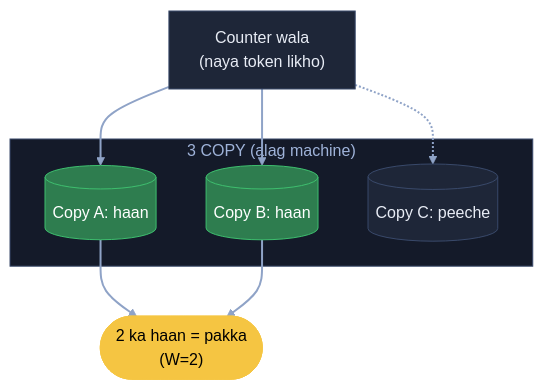
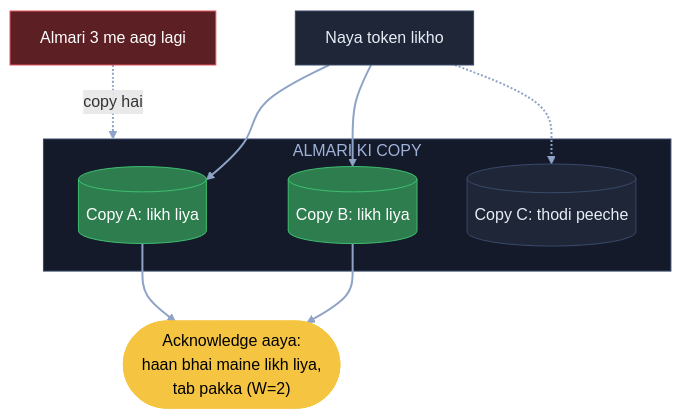
Before and after one commit to ArpanMaheshwari144/Prep: the ninth of 13 diagrams in 04_HLD/SYSTEM_DESIGNS/01_url_shortener/01_url_shortener.md, drawn with Mermaid. The commit also changed other lines of this file, not shown here.

Commit message:
URL: 13 diagram hand notes ke shabdon se (K4 naya), K7 / K12 kahani notes jaisi

````diff
--- a/04_HLD/SYSTEM_DESIGNS/01_url_shortener/01_url_shortener.md
+++ b/04_HLD/SYSTEM_DESIGNS/01_url_shortener/01_url_shortener.md
@@ -251,21 +270,23 @@
 ```mermaid
 flowchart TB
-    C["Counter wala<br/>(naya token likho)"]:::card
-    subgraph R["3 COPY (alag machine)"]
-        A[("Copy A: haan")]:::good
-        B[("Copy B: haan")]:::good
-        X[("Copy C: peeche")]:::card
+    F["Almari 3 me aag lagi"]:::bad
+    W["Naya token likho"]:::card
+    subgraph CP["ALMARI KI COPY"]
+        A[("Copy A: likh liya")]:::good
+        B[("Copy B: likh liya")]:::good
+        C[("Copy C: thodi peeche")]:::card
     end
-    OK(["2 ka haan = pakka<br/>(W=2)"]):::pill
-    C --> A
-    C --> B
-    C -.-> X
+    OK(["Acknowledge aaya:<br/>haan bhai maine likh liya,<br/>tab pakka (W=2)"]):::pill
+    F -. "copy hai" .-> CP
+    W --> A
+    W --> B
+    W -.-> C
     A --> OK
     B --> OK
     linkStyle default stroke:#8fa3c7,stroke-width:2px
     classDef card fill:#1e2638,stroke:#3a4a6b,color:#e8ecf5
     classDef pill fill:#f5c542,stroke:#f5c542,color:#000
     classDef good fill:#2e7d4f,stroke:#3fbf6f,color:#fff
     classDef bad fill:#5c1f24,stroke:#e05561,color:#fff
-    style R fill:#141a29,stroke:#3a4a6b,color:#9fb3d9
+    style CP fill:#141a29,stroke:#3a4a6b,color:#9fb3d9
 ```
````
